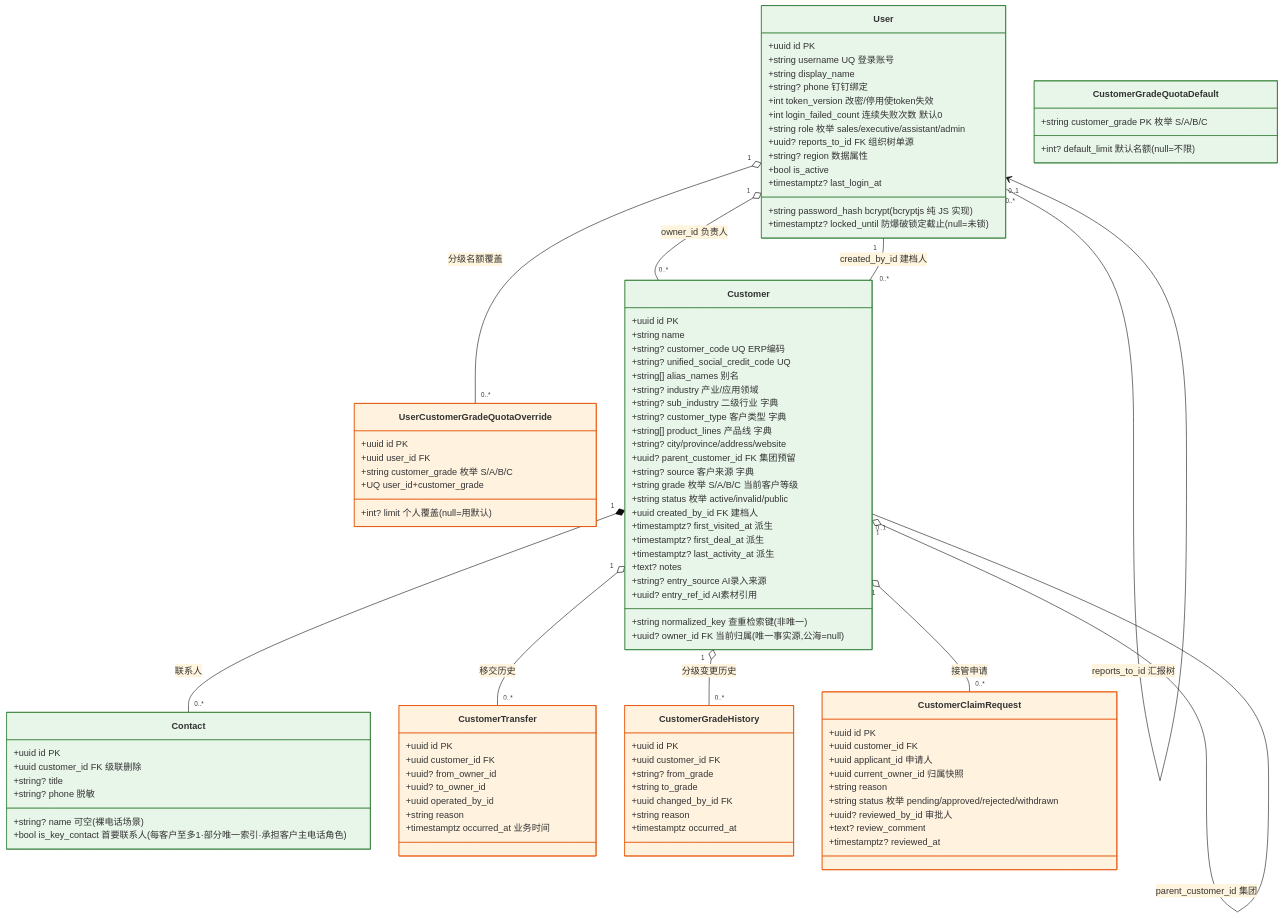
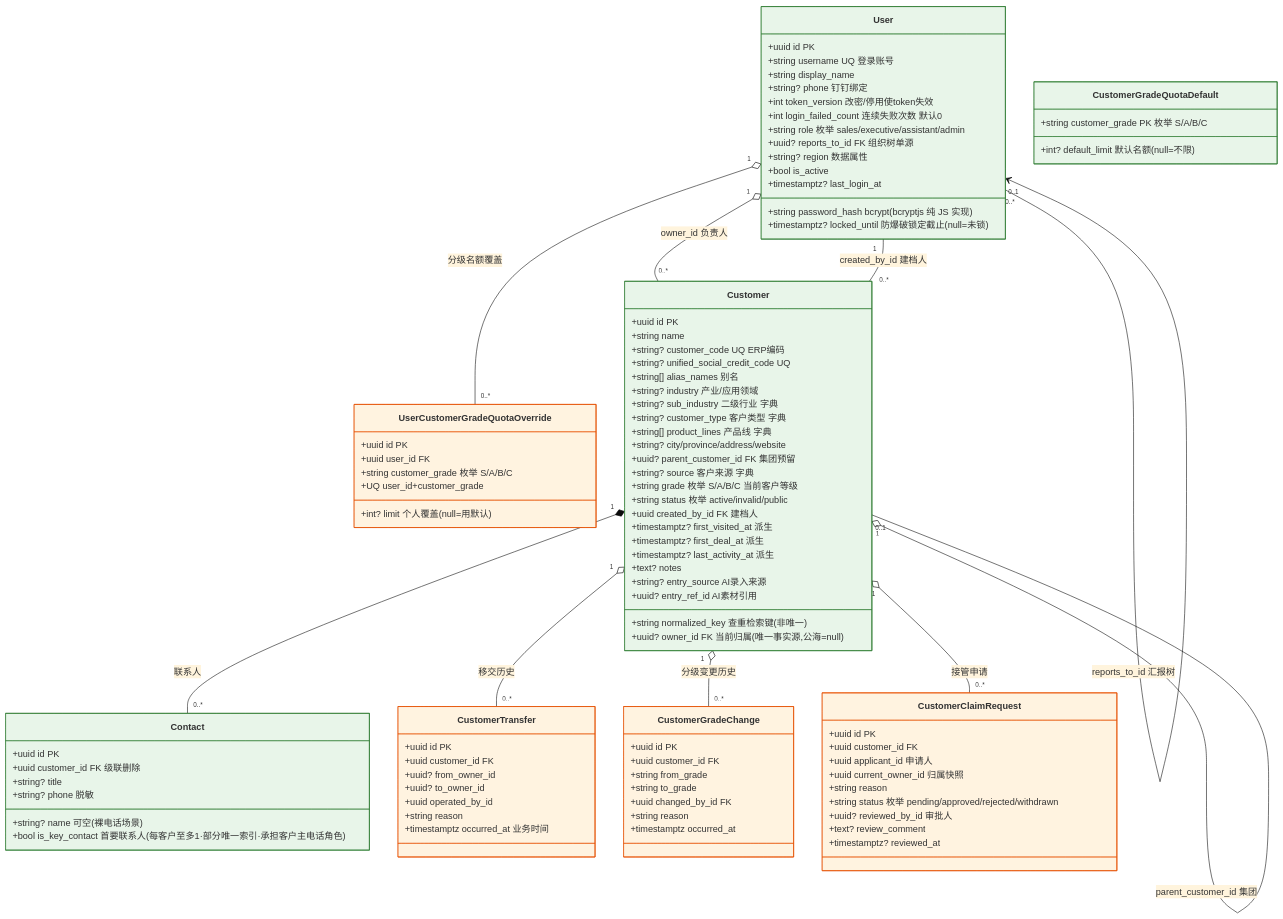
One commit to lixiname/LITECRM changed the first of 26 diagrams in docs/重构架构决策与实施蓝图.md. Above: the diagram before and after it, drawn with Mermaid (base theme). The commit also changed other lines of this file and 33 other files, not shown here.

Commit message:
refactor(crm): align customer grade and quota model

````diff
--- a/docs/重构架构决策与实施蓝图.md
+++ b/docs/重构架构决策与实施蓝图.md
@@ -419,10 +419,10 @@
         +string reason
         +timestamptz occurred_at 业务时间
     }
-    class CustomerGradeHistory {
+    class CustomerGradeChange {
         +uuid id PK
         +uuid customer_id FK
-        +string? from_grade
+        +string from_grade
         +string to_grade
         +uuid changed_by_id FK
         +string reason
@@ -444,13 +444,13 @@
     User "1" -- "0..*" Customer : created_by_id 建档人
     Customer "1" *-- "0..*" Contact : 联系人
     Customer "1" o-- "0..*" CustomerTransfer : 移交历史
-    Customer "1" o-- "0..*" CustomerGradeHistory : 分级变更历史
+    Customer "1" o-- "0..*" CustomerGradeChange : 分级变更历史
     Customer "1" o-- "0..*" CustomerClaimRequest : 接管申请
     Customer "1" o-- "0..1" Customer : parent_customer_id 集团
     style User fill:#e8f5e9,stroke:#2e7d32
     style Customer fill:#e8f5e9,stroke:#2e7d32
     style Contact fill:#e8f5e9,stroke:#2e7d32
     style CustomerTransfer fill:#fff3e0,stroke:#e65100
-    style CustomerGradeHistory fill:#fff3e0,stroke:#e65100
+    style CustomerGradeChange fill:#fff3e0,stroke:#e65100
     style CustomerClaimRequest fill:#fff3e0,stroke:#e65100
 ```
````
